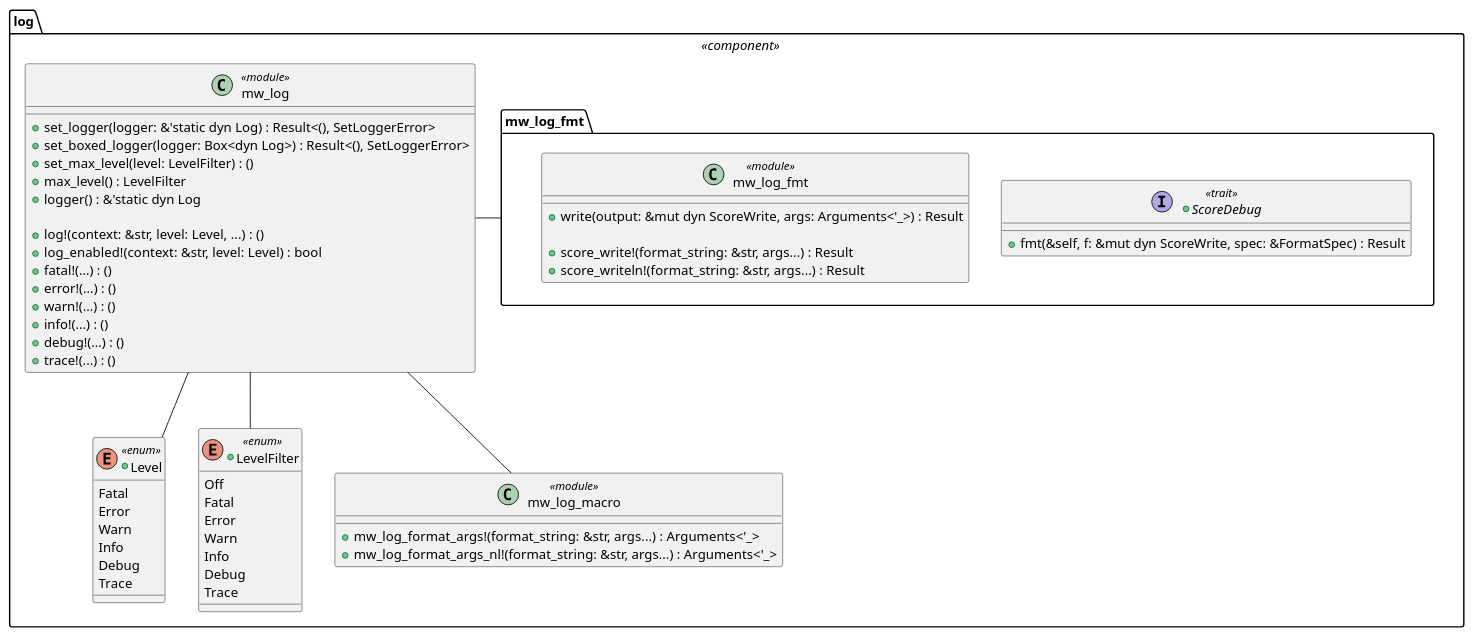
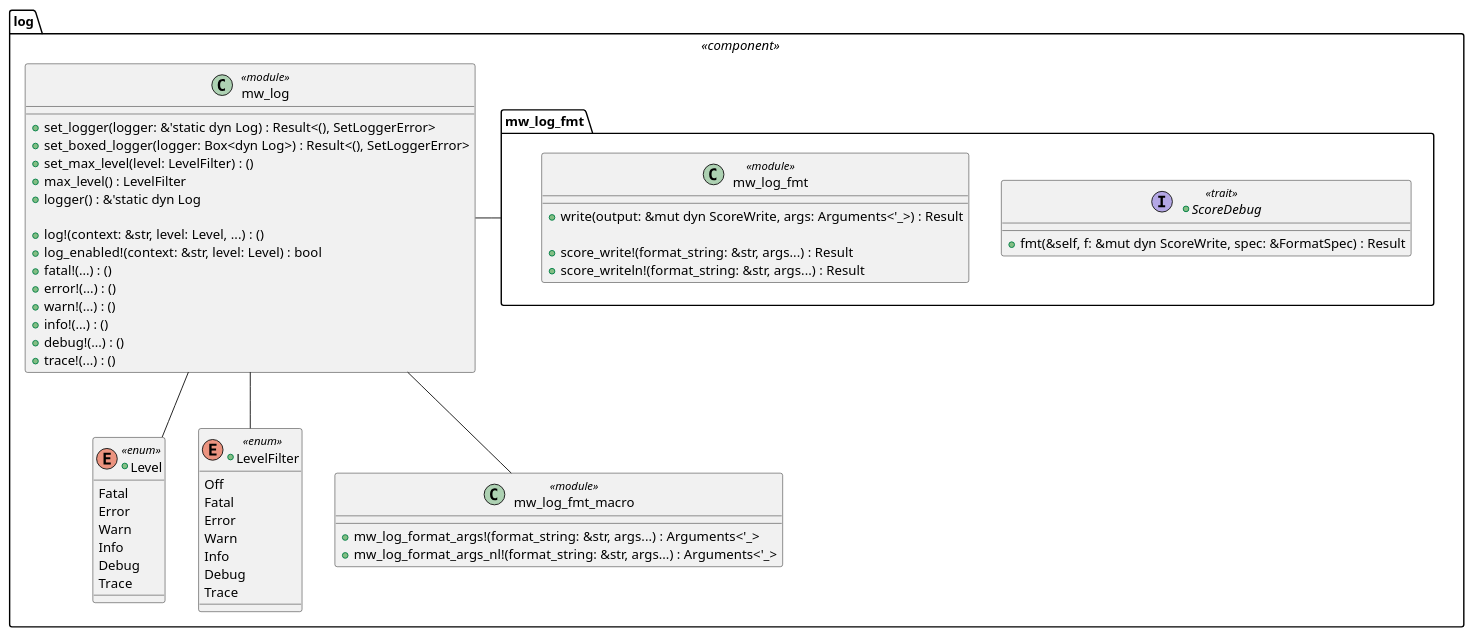
The diagram in docs/module/log/architecture/_assets/interface.puml (eclipse-score/baselibs_rust), drawn with PlantUML before and after one commit. The commit also changed 19 other files, not shown here.

First line of the commit message:
log: `mw_log_fmt_macro` implementation

```diff
--- a/docs/module/log/architecture/_assets/interface.puml
+++ b/docs/module/log/architecture/_assets/interface.puml
@@ -1,64 +1,64 @@
 @startuml log_interface
 
 package log <<component>> {
     +enum Level <<enum>> {
         Fatal
         Error
         Warn
         Info
         Debug
         Trace
     }
 
     +enum LevelFilter <<enum>> {
         Off
         Fatal
         Error
         Warn
         Info
         Debug
         Trace
     }
 
     class mw_log <<module>> {
         +set_logger(logger: &'static dyn Log) : Result<(), SetLoggerError>
         +set_boxed_logger(logger: Box<dyn Log>) : Result<(), SetLoggerError>
         +set_max_level(level: LevelFilter) : ()
         +max_level() : LevelFilter
         +logger() : &'static dyn Log
 
         +log!(context: &str, level: Level, ...) : ()
         +log_enabled!(context: &str, level: Level) : bool
         +fatal!(...) : ()
         +error!(...) : ()
         +warn!(...) : ()
         +info!(...) : ()
         +debug!(...) : ()
         +trace!(...) : ()
     }
 
-    class mw_log_macro <<module>> {
+    class mw_log_fmt_macro <<module>> {
         +mw_log_format_args!(format_string: &str, args...) : Arguments<'_>
         +mw_log_format_args_nl!(format_string: &str, args...) : Arguments<'_>
     }
 
     package mw_log_fmt {
         +interface ScoreDebug <<trait>> {
             +fmt(&self, f: &mut dyn ScoreWrite, spec: &FormatSpec) : Result
         }
 
         class mw_log_fmt <<module>> {
             +write(output: &mut dyn ScoreWrite, args: Arguments<'_>) : Result
 
             +score_write!(format_string: &str, args...) : Result
             +score_writeln!(format_string: &str, args...) : Result
         }
     }
 
     mw_log -- Level
     mw_log -- LevelFilter
-    mw_log -- mw_log_macro
+    mw_log -- mw_log_fmt_macro
     mw_log -right- mw_log_fmt
 }
 
 @enduml
```
